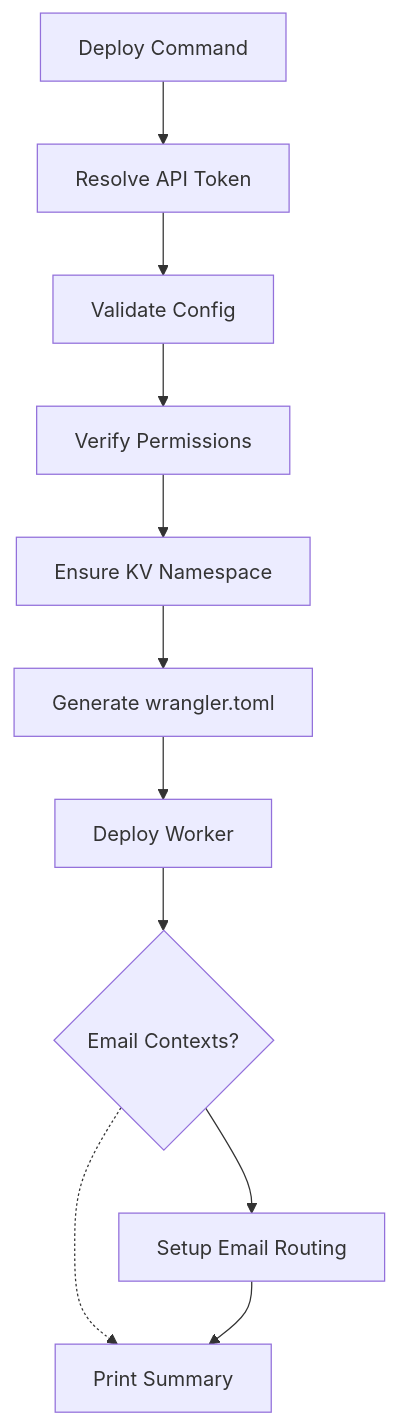
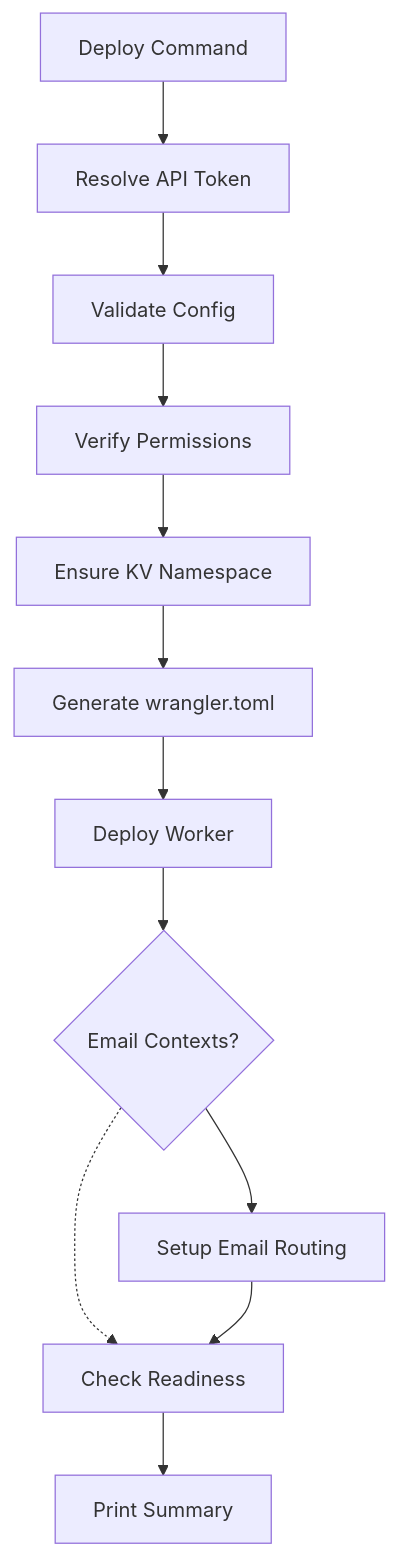
The diagram in apps/docs/docs/getting-started/deployment.mdx (cbnventures/ntfy-reverse-proxy), drawn with Mermaid before and after one commit. The commit also changed other lines of this file and 72 other files, not shown here.

Commit message:
Add a deploy readiness check and upgrade to Nova 0.49.0

````diff
--- a/apps/docs/docs/getting-started/deployment.mdx
+++ b/apps/docs/docs/getting-started/deployment.mdx
@@ -32,13 +32,14 @@
 ```mermaid
 flowchart TD
     Start[Deploy Command] --> ResolveToken[Resolve API Token]
     ResolveToken --> Validate[Validate Config]
     Validate --> Verify[Verify Permissions]
     Verify --> KV[Ensure KV Namespace]
     KV --> Generate[Generate wrangler.toml]
     Generate --> DeployWorker[Deploy Worker]
     DeployWorker --> EmailCheck{Email Contexts?}
     EmailCheck --> SetupEmail[Setup Email Routing]
-    EmailCheck -.-> Summary
-    SetupEmail --> Summary[Print Summary]
+    EmailCheck -.-> Readiness
+    SetupEmail --> Readiness[Check Readiness]
+    Readiness --> Summary[Print Summary]
 ```
````
